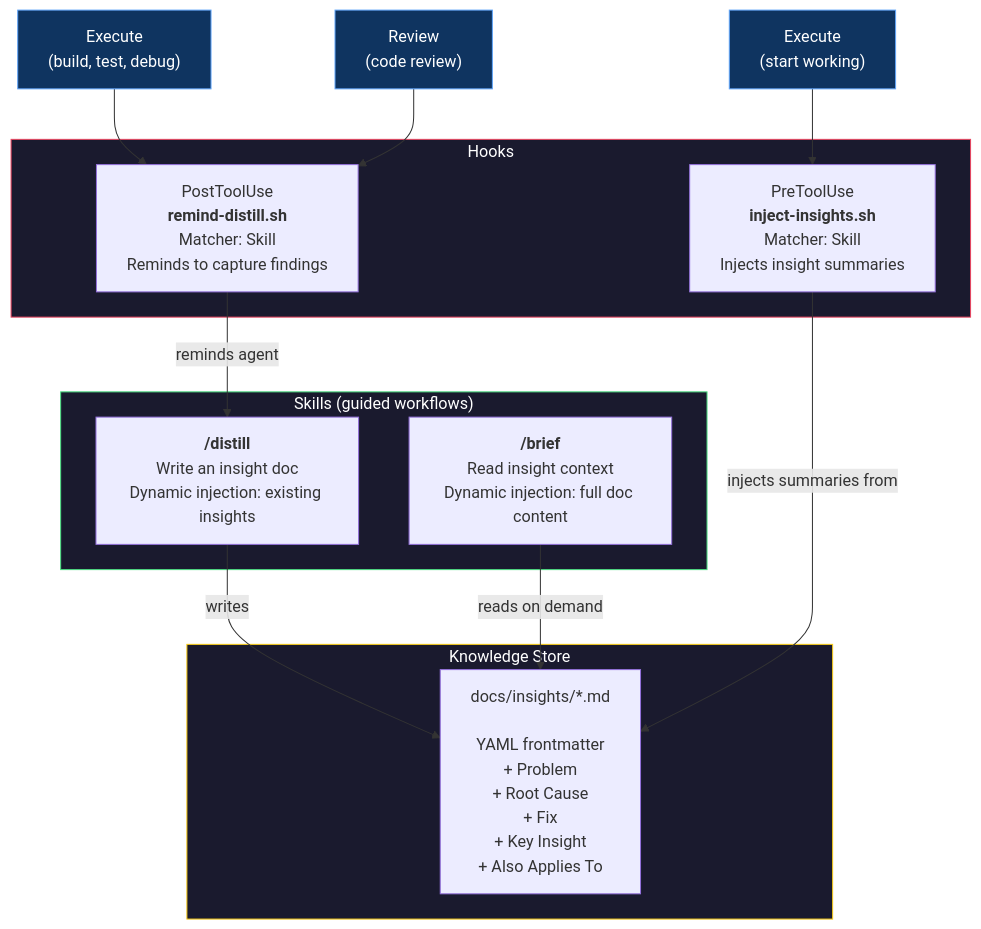
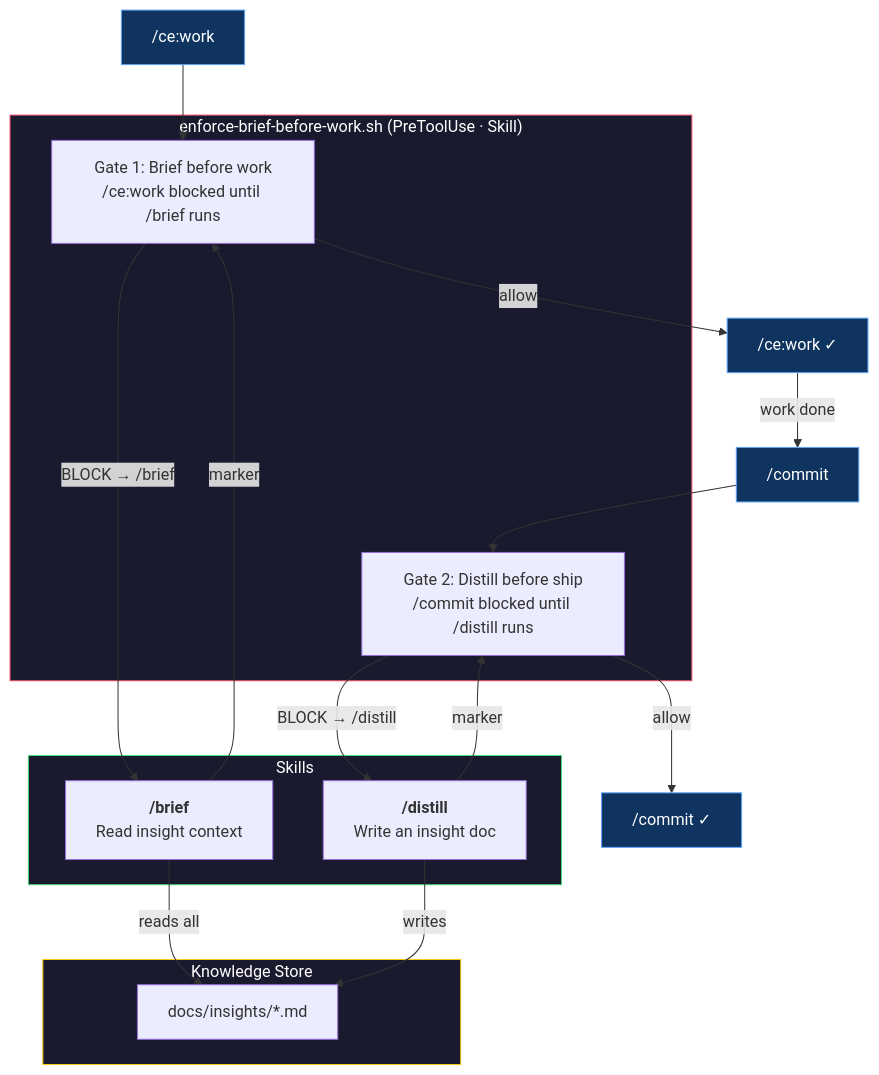
One commit to mbriggsy/ai-learning-journey changed the second of 3 diagrams in projects/skills/distill-and-brief/README.md. Above: the diagram before and after it, drawn with Mermaid. The commit also changed other lines of this file and 5 other files, not shown here.

First line of the commit message:
skills: blocking hook replaces broken non-blocking hooks

````diff
--- a/projects/skills/distill-and-brief/README.md
+++ b/projects/skills/distill-and-brief/README.md
@@ -78,33 +81,37 @@
 ```mermaid
 flowchart TB
-    subgraph HOOKS ["Hooks"]
-        H1["PreToolUse\n<b>inject-insights.sh</b>\nMatcher: Skill\nInjects insight summaries"]
-        H2["PostToolUse\n<b>remind-distill.sh</b>\nMatcher: Skill\nReminds to capture findings"]
+    subgraph HOOK ["enforce-brief-before-work.sh  (PreToolUse · Skill)"]
+        G1["Gate 1: Brief before work\n/ce:work blocked until /brief runs"]
+        G2["Gate 2: Distill before ship\n/commit blocked until /distill runs"]
     end
 
-    subgraph SKILLS ["Skills (guided workflows)"]
-        SK1["<b>/distill</b>\nWrite an insight doc\nDynamic injection: existing insights"]
-        SK2["<b>/brief</b>\nRead insight context\nDynamic injection: full doc content"]
+    subgraph SKILLS ["Skills"]
+        SK1["<b>/distill</b>\nWrite an insight doc"]
+        SK2["<b>/brief</b>\nRead insight context"]
     end
 
     subgraph STORE ["Knowledge Store"]
-        FS["docs/insights/*.md\n\nYAML frontmatter\n+ Problem\n+ Root Cause\n+ Fix\n+ Key Insight\n+ Also Applies To"]
+        FS["docs/insights/*.md"]
     end
 
-    EXECUTE["Execute\n(build, test, debug)"] --> H2
-    REVIEW["Review\n(code review)"] --> H2
-    H2 -->|"reminds agent"| SK1
+    WORK["/ce:work"] --> G1
+    G1 -->|"BLOCK → /brief"| SK2
+    SK2 -->|"reads all"| FS
+    SK2 -->|"marker"| G1
+    G1 -->|"allow"| WORK2["/ce:work ✓"]
+
+    WORK2 -->|"work done"| COMMIT["/commit"]
+    COMMIT --> G2
+    G2 -->|"BLOCK → /distill"| SK1
     SK1 -->|"writes"| FS
+    SK1 -->|"marker"| G2
+    G2 -->|"allow"| COMMIT2["/commit ✓"]
 
-    EXECUTE2["Execute\n(start working)"] --> H1
-    H1 -->|"injects summaries from"| FS
-
-    SK2 -->|"reads on demand"| FS
-
-    style HOOKS fill:#1a1a2e,stroke:#e94560,color:#fff
+    style HOOK fill:#1a1a2e,stroke:#e94560,color:#fff
     style SKILLS fill:#1a1a2e,stroke:#4ade80,color:#fff
     style STORE fill:#1a1a2e,stroke:#facc15,color:#fff
-    style EXECUTE fill:#0f3460,stroke:#60a5fa,color:#fff
-    style REVIEW fill:#0f3460,stroke:#60a5fa,color:#fff
-    style EXECUTE2 fill:#0f3460,stroke:#60a5fa,color:#fff
+    style WORK fill:#0f3460,stroke:#60a5fa,color:#fff
+    style WORK2 fill:#0f3460,stroke:#60a5fa,color:#fff
+    style COMMIT fill:#0f3460,stroke:#60a5fa,color:#fff
+    style COMMIT2 fill:#0f3460,stroke:#60a5fa,color:#fff
 ```
````
